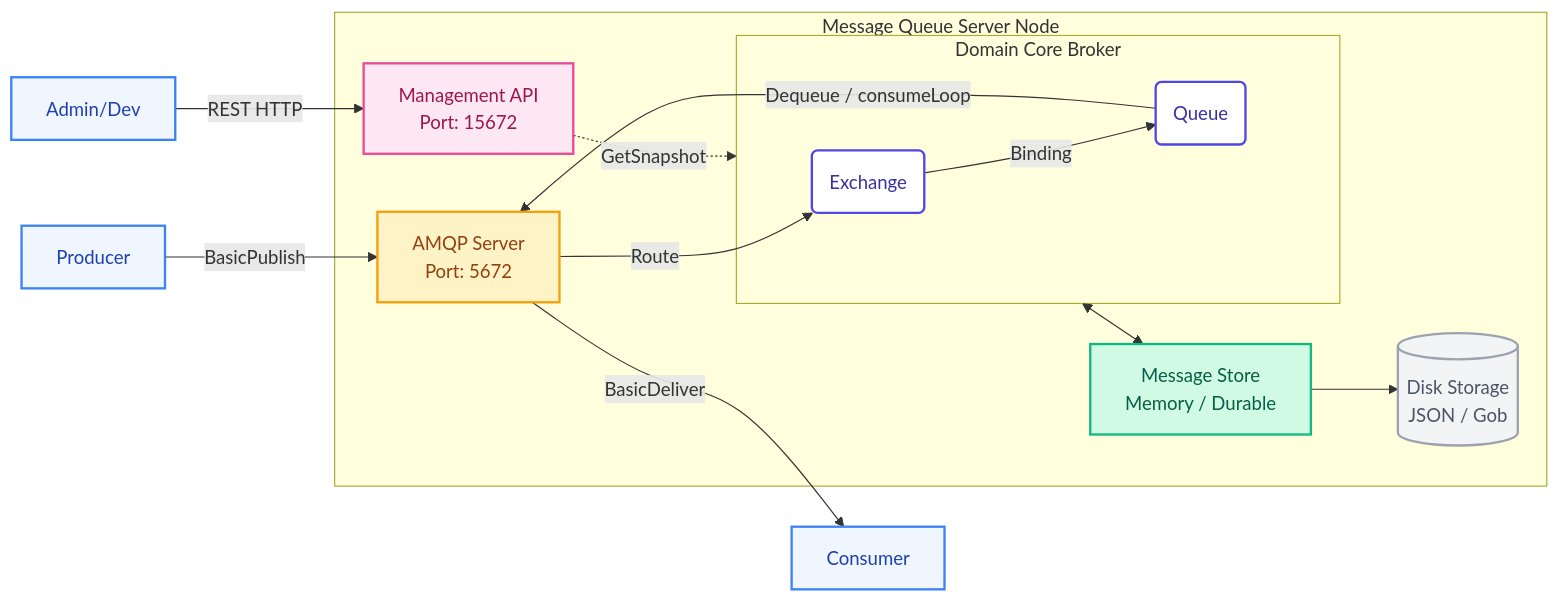
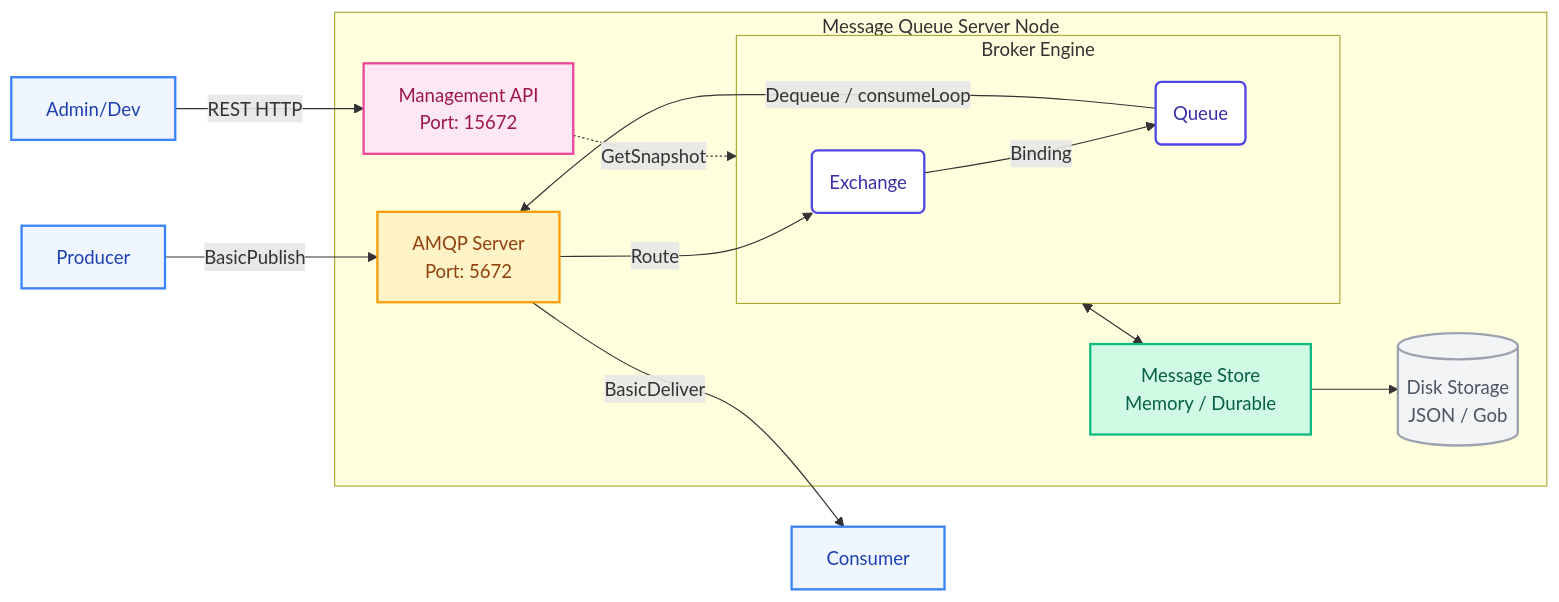
One commit to EricNguyen1206/gobitmq changed the diagram in README.md. Above: the diagram before and after it, drawn with Mermaid. The commit also changed other lines of this file and 25 other files, not shown here.

````diff
--- a/README.md
+++ b/README.md
@@ -19,45 +19,45 @@
 ```mermaid
 graph LR
     P[Producer]
     C[Consumer]
     A[Admin/Dev]
 
     subgraph Node[Message Queue Server Node]
         AMQP[AMQP Server<br>Port: 5672]
         HTTP[Management API<br>Port: 15672]
         
-        subgraph Core[Domain Core Broker]
+        subgraph Broker[Broker Engine]
             EX(Exchange)
             Q(Queue)
         end
         
         Store[Message Store<br>Memory / Durable]
         Disk[(Disk Storage<br>JSON / Gob)]
     end
 
     P -- BasicPublish --> AMQP
     AMQP -- Route --> EX
     EX -- Binding --> Q
     Q -- Dequeue / consumeLoop --> AMQP
     AMQP -- BasicDeliver --> C
 
     A -- REST HTTP --> HTTP
-    HTTP -. GetSnapshot .-> Core
+    HTTP -. GetSnapshot .-> Broker
 
-    Core <--> Store
+    Broker <--> Store
     Store --> Disk
 
     classDef ext fill:#eff6ff,stroke:#3b82f6,color:#1e40af,stroke-width:2px;
     classDef net fill:#fef3c7,stroke:#f59e0b,color:#92400e,stroke-width:2px;
     classDef api fill:#fce7f3,stroke:#ec4899,color:#9d174d,stroke-width:2px;
     classDef logic fill:#ffffff,stroke:#4f46e5,color:#3730a3,stroke-width:2px;
     classDef st fill:#d1fae5,stroke:#10b981,color:#065f46,stroke-width:2px;
     classDef dsk fill:#f3f4f6,stroke:#9ca3af,color:#4b5563,stroke-width:2px;
 
     class P,C,A ext;
     class AMQP net;
     class HTTP api;
     class EX,Q logic;
     class Store st;
     class Disk dsk;
 ```
````
